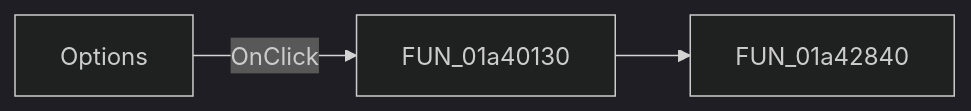
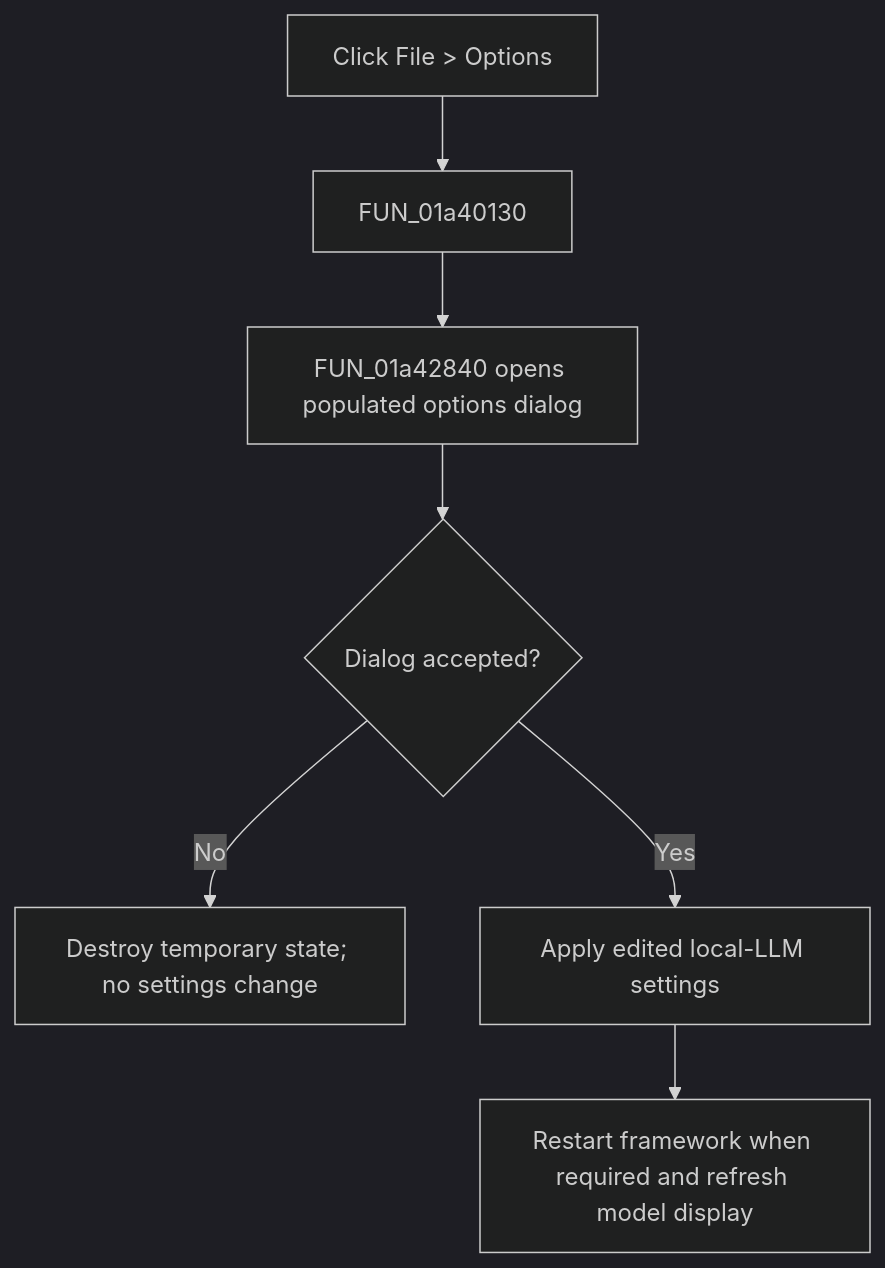
The diagram in docs/ui-controls/localllmform/options1-cd103183a9.md (MovGP0/TIARA), drawn with Mermaid (dark theme) before and after one commit. The commit also changed other lines of this file and 1062 other files, not shown here.

````diff
--- a/docs/ui-controls/localllmform/options1-cd103183a9.md
+++ b/docs/ui-controls/localllmform/options1-cd103183a9.md
@@ -27,5 +29,9 @@
 ```mermaid
-flowchart LR
-    control["Options"] -->|OnClick| handler["FUN_01a40130"]
-    handler --> call1["FUN_01a42840"]
+flowchart TD
+    control["Click File > Options"] --> wrapper["FUN_01a40130"]
+    wrapper --> options["FUN_01a42840 opens populated options dialog"]
+    options --> accepted{"Dialog accepted?"}
+    accepted -->|No| cancel["Destroy temporary state; no settings change"]
+    accepted -->|Yes| apply["Apply edited local-LLM settings"]
+    apply --> refresh["Restart framework when required and refresh model display"]
 ```
````
